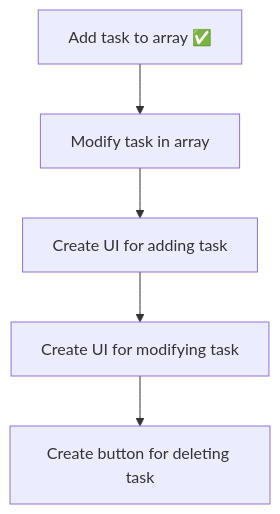
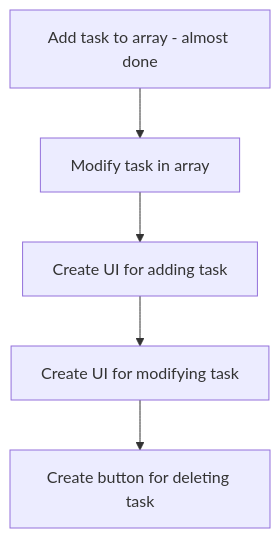
Before and after one commit to awoyele/todo-ai: the diagram in README.md, drawn with Mermaid.

Commit message:
Added almost done to README.md

````diff
--- a/README.md
+++ b/README.md
@@ -5,7 +5,7 @@
 ```mermaid
 graph TD;
-    A[Add task to array ✅] --> B[Modify task in array];
+    A[Add task to array - almost done] --> B[Modify task in array];
     B --> C[Create UI for adding task];
     C --> D[Create UI for modifying task];
     D --> E[Create button for deleting task];
 ```
````
